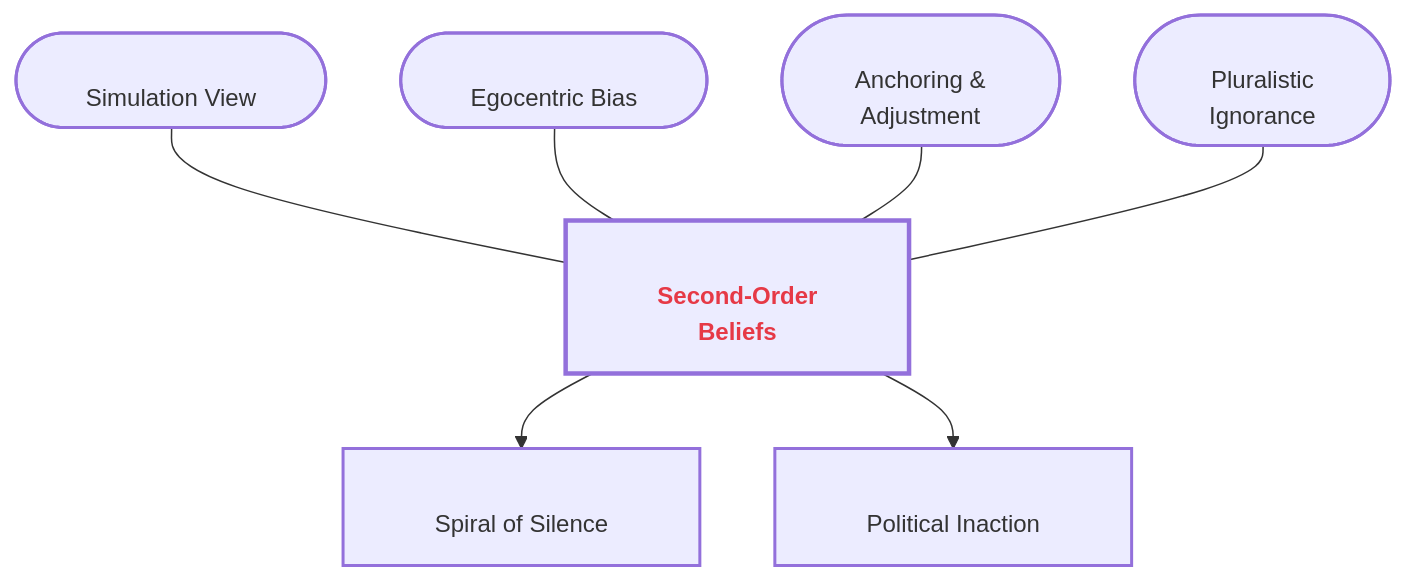
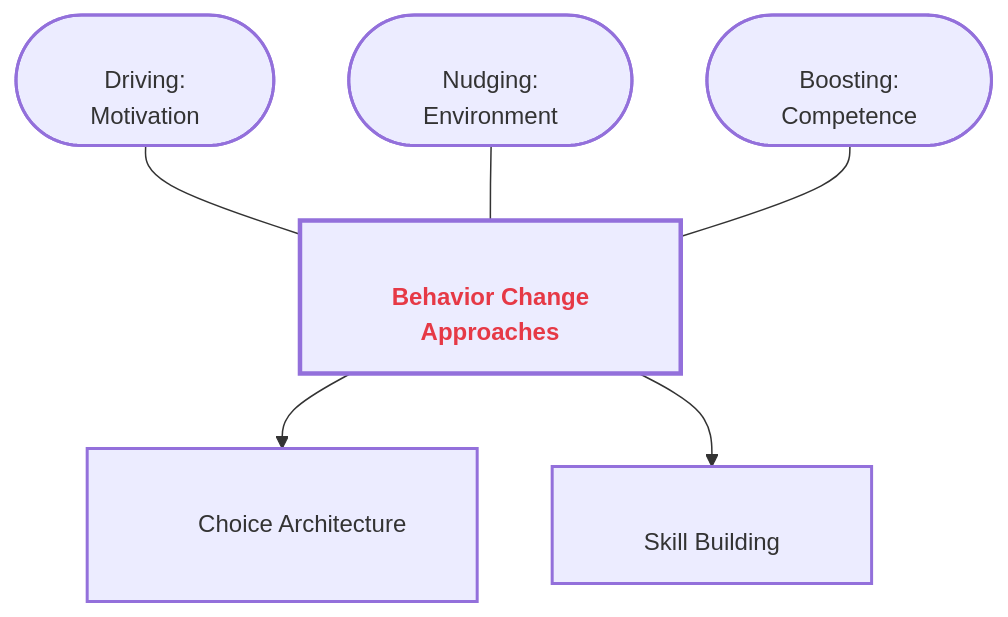
The second of 2 diagrams in Communication_Influence/Mastery_Guide_SOW_BS033.md (GM024/CourseSummaries), drawn with Mermaid before and after one commit. The commit also changed other lines of this file, not shown here.

Commit message:
Encyclopedia Update: Integrated 'Driving' pillar, Knowledge-Behaviour failures, and detailed lecture slide findings

````diff
--- a/Communication_Influence/Mastery_Guide_SOW_BS033.md
+++ b/Communication_Influence/Mastery_Guide_SOW_BS033.md
@@ -76,16 +125,15 @@
 ```mermaid
 %%{init: { 'flowchart': { 'padding': 30, 'useMaxWidth': false, 'htmlLabels': true }, 'theme': 'neutral', 'themeVariables': { 'fontSize': '12px', 'fontFamily': '-apple-system,BlinkMacSystemFont,"Segoe UI",Helvetica,Arial,sans-serif' }}}%%
 graph TD
     classDef sandbox stroke-width:2px;
     classDef hub stroke-width:3px,font-weight:bold;
 
-    Hub["<br/>&nbsp;&nbsp;&nbsp;&nbsp;&nbsp;&nbsp; <span style='color:#e63946'><b>Second-Order</b></span> &nbsp;&nbsp;&nbsp;&nbsp;&nbsp;&nbsp;<br/>&nbsp;&nbsp;&nbsp;&nbsp;&nbsp;&nbsp; <span style='color:#e63946'><b>Beliefs</b></span> &nbsp;&nbsp;&nbsp;&nbsp;&nbsp;&nbsp;<br/>"]:::hub
+    Hub["<br/>&nbsp;&nbsp;&nbsp;&nbsp;&nbsp;&nbsp; <span style='color:#e63946'><b>Behavior Change</b></span> &nbsp;&nbsp;&nbsp;&nbsp;&nbsp;&nbsp;<br/>&nbsp;&nbsp;&nbsp;&nbsp;&nbsp;&nbsp; <span style='color:#e63946'><b>Approaches</b></span> &nbsp;&nbsp;&nbsp;&nbsp;&nbsp;&nbsp;<br/>"]:::hub
     
-    S1(["<br/>&nbsp;&nbsp;&nbsp;&nbsp;&nbsp;&nbsp; Simulation View &nbsp;&nbsp;&nbsp;&nbsp;&nbsp;&nbsp;<br/>"]):::sandbox --- Hub
-    S2(["<br/>&nbsp;&nbsp;&nbsp;&nbsp;&nbsp;&nbsp; Egocentric Bias &nbsp;&nbsp;&nbsp;&nbsp;&nbsp;&nbsp;<br/>"]):::sandbox --- Hub
-    S3(["<br/>&nbsp;&nbsp;&nbsp;&nbsp;&nbsp;&nbsp; Anchoring & &nbsp;&nbsp;&nbsp;&nbsp;&nbsp;&nbsp;<br/>&nbsp;&nbsp;&nbsp;&nbsp;&nbsp;&nbsp; Adjustment &nbsp;&nbsp;&nbsp;&nbsp;&nbsp;&nbsp;<br/>"]):::sandbox --- Hub
-    S4(["<br/>&nbsp;&nbsp;&nbsp;&nbsp;&nbsp;&nbsp; Pluralistic &nbsp;&nbsp;&nbsp;&nbsp;&nbsp;&nbsp;<br/>&nbsp;&nbsp;&nbsp;&nbsp;&nbsp;&nbsp; Ignorance &nbsp;&nbsp;&nbsp;&nbsp;&nbsp;&nbsp;<br/>"]):::sandbox --- Hub
+    S1(["<br/>&nbsp;&nbsp;&nbsp;&nbsp;&nbsp;&nbsp; Driving: &nbsp;&nbsp;&nbsp;&nbsp;&nbsp;&nbsp;<br/>&nbsp;&nbsp;&nbsp;&nbsp;&nbsp;&nbsp; Motivation &nbsp;&nbsp;&nbsp;&nbsp;&nbsp;&nbsp;<br/>"]):::sandbox --- Hub
+    S2(["<br/>&nbsp;&nbsp;&nbsp;&nbsp;&nbsp;&nbsp; Nudging: &nbsp;&nbsp;&nbsp;&nbsp;&nbsp;&nbsp;<br/>&nbsp;&nbsp;&nbsp;&nbsp;&nbsp;&nbsp; Environment &nbsp;&nbsp;&nbsp;&nbsp;&nbsp;&nbsp;<br/>"]):::sandbox --- Hub
+    S3(["<br/>&nbsp;&nbsp;&nbsp;&nbsp;&nbsp;&nbsp; Boosting: &nbsp;&nbsp;&nbsp;&nbsp;&nbsp;&nbsp;<br/>&nbsp;&nbsp;&nbsp;&nbsp;&nbsp;&nbsp; Competence &nbsp;&nbsp;&nbsp;&nbsp;&nbsp;&nbsp;<br/>"]):::sandbox --- Hub
     
-    Hub --> B1["<br/>&nbsp;&nbsp;&nbsp;&nbsp;&nbsp;&nbsp; Spiral of Silence &nbsp;&nbsp;&nbsp;&nbsp;&nbsp;&nbsp;<br/>"]:::sandbox
-    Hub --> B2["<br/>&nbsp;&nbsp;&nbsp;&nbsp;&nbsp;&nbsp; Political Inaction &nbsp;&nbsp;&nbsp;&nbsp;&nbsp;&nbsp;<br/>"]:::sandbox
+    Hub --> B1["<br/>&nbsp;&nbsp;&nbsp;&nbsp;&nbsp;&nbsp; Choice Architecture &nbsp;&nbsp;&nbsp;&nbsp;&nbsp;&nbsp;<br/>"]:::sandbox
+    Hub --> B2["<br/>&nbsp;&nbsp;&nbsp;&nbsp;&nbsp;&nbsp; Skill Building &nbsp;&nbsp;&nbsp;&nbsp;&nbsp;&nbsp;<br/>"]:::sandbox
 ```
````
